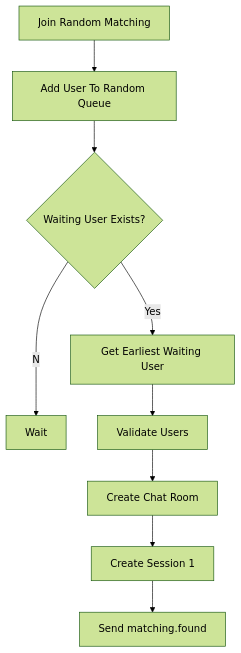
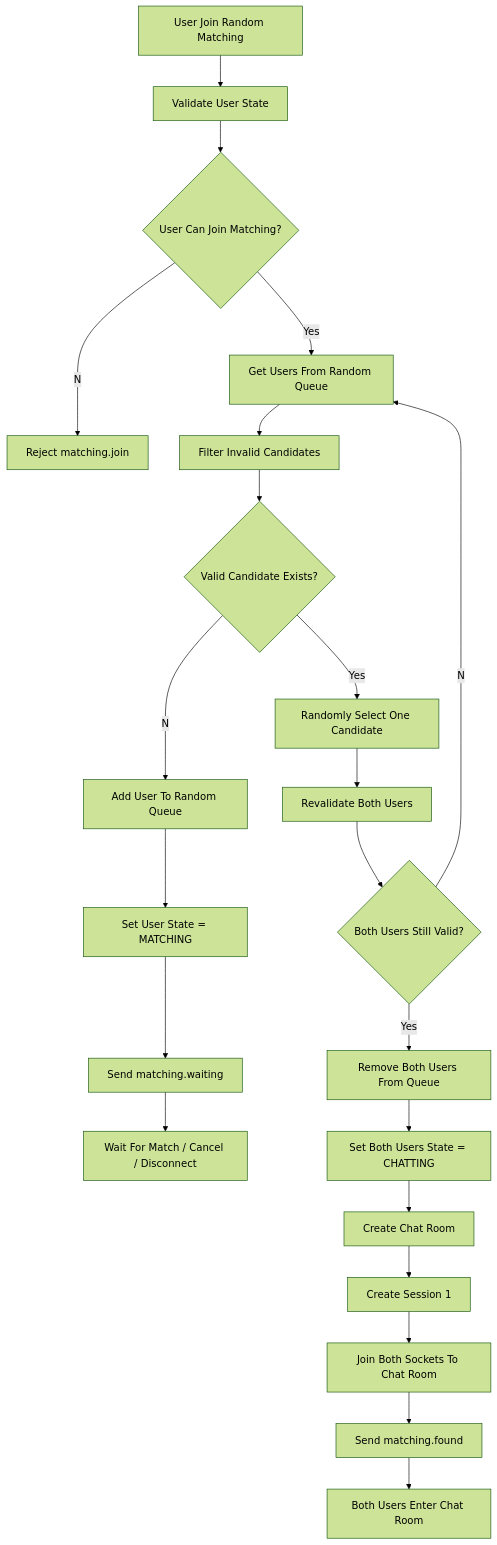
The eighth of 15 diagrams in FlashTalk_v1.0_MVP_技術規格書.md (blake2003/FlashTalk), drawn with Mermaid (forest theme) before and after one commit. The commit also changed other lines of this file and 2 other files, not shown here.

Commit message:
# 八、Random Matching 讀完並新增（進版1.1）

````diff
--- a/FlashTalk_v1.0_MVP_技術規格書.md
+++ b/FlashTalk_v1.0_MVP_技術規格書.md
@@ -679,20 +708,46 @@
 ```mermaid
 flowchart TD
 
-A[Join Random Matching]
--->B[Add User To Random Queue]
+A[User Join Random Matching]
+-->B[Validate User State]
 
-B-->C{Waiting User Exists?}
+B-->C{User Can Join Matching?}
 
-C--No-->D[Wait]
+C--No-->D[Reject matching.join]
 
-C--Yes-->E[Get Earliest Waiting User]
+C--Yes-->E[Get Users From Random Queue]
 
-E-->F[Validate Users]
+E-->F[Filter Invalid Candidates]
 
-F-->G[Create Chat Room]
+F-->G{Valid Candidate Exists?}
 
-G-->H[Create Session 1]
+G--No-->H[Add User To Random Queue]
 
-H-->I[Send matching.found]
+H-->I[Set User State = MATCHING]
+
+I-->J[Send matching.waiting]
+
+J-->K[Wait For Match / Cancel / Disconnect]
+
+G--Yes-->L[Randomly Select One Candidate]
+
+L-->M[Revalidate Both Users]
+
+M-->N{Both Users Still Valid?}
+
+N--No-->E
+
+N--Yes-->O[Remove Both Users From Queue]
+
+O-->P[Set Both Users State = CHATTING]
+
+P-->Q[Create Chat Room]
+
+Q-->R[Create Session 1]
+
+R-->S[Join Both Sockets To Chat Room]
+
+S-->T[Send matching.found]
+
+T-->U[Both Users Enter Chat Room]
 ```
````
